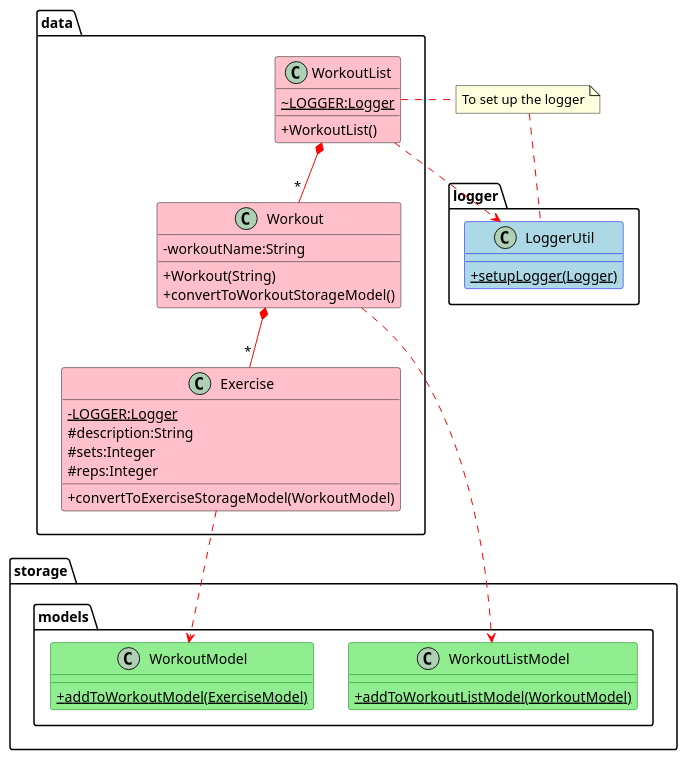
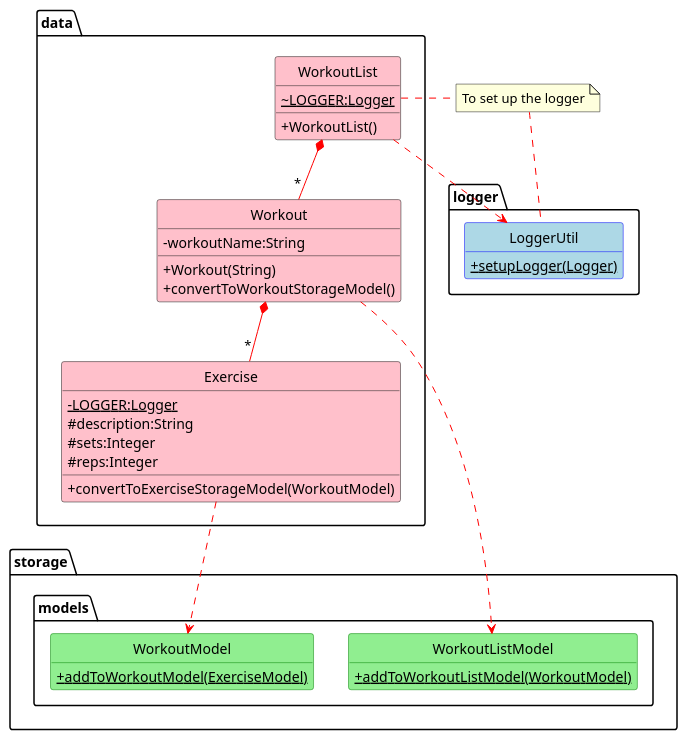
One commit to nus-cs2113-AY2122S1/tp changed the diagram in docs/umldg/DataClassDiagram.puml. Above: the diagram before and after it, drawn with PlantUML. The commit also changed 7 other files, not shown here.

Commit message:
Made some changes to DataClassDiagram and StorageDiagram. Also added BasicArchitectureDiagram into the DG.

```diff
--- a/docs/umldg/DataClassDiagram.puml
+++ b/docs/umldg/DataClassDiagram.puml
@@ -1,49 +1,51 @@
 @startuml
 skinparam classAttributeIconSize 0
 skinparam stereotypeCBackgroundColor White
+hide circle
+hide empty members
 skinparam class {
 BackgroundColor Pink
 ArrowColor Red
 }
 package "data" {
 together {
 class WorkoutList {
 ~LOGGER:Logger {static}
 +WorkoutList()
 }
 class Workout {
 -workoutName:String
 +Workout(String)
 +convertToWorkoutStorageModel()
 }
 class Exercise {
 -LOGGER:Logger {static}
 #description:String
 #sets:Integer
 #reps:Integer
 +convertToExerciseStorageModel(WorkoutModel)
 }
 }
 }
 package "logger" {
 class LoggerUtil #LightBlue##Blue {
 +setupLogger(Logger) {static}
 }
 }
 package "storage.models" {
 class WorkoutListModel #LightGreen##Green {
 +addToWorkoutListModel(WorkoutModel) {static}
 }
 class WorkoutModel #LightGreen##Green {
 +addToWorkoutModel(ExerciseModel) {static}
 }
 }
 note "To set up the logger" as N1 
 WorkoutList *-- "*" Workout
 WorkoutList .right.> LoggerUtil
 WorkoutList .right. N1
 N1 .. LoggerUtil
 Workout ..> WorkoutListModel
 Exercise ..> WorkoutModel
 Workout *-- "*" Exercise
 @enduml
```
